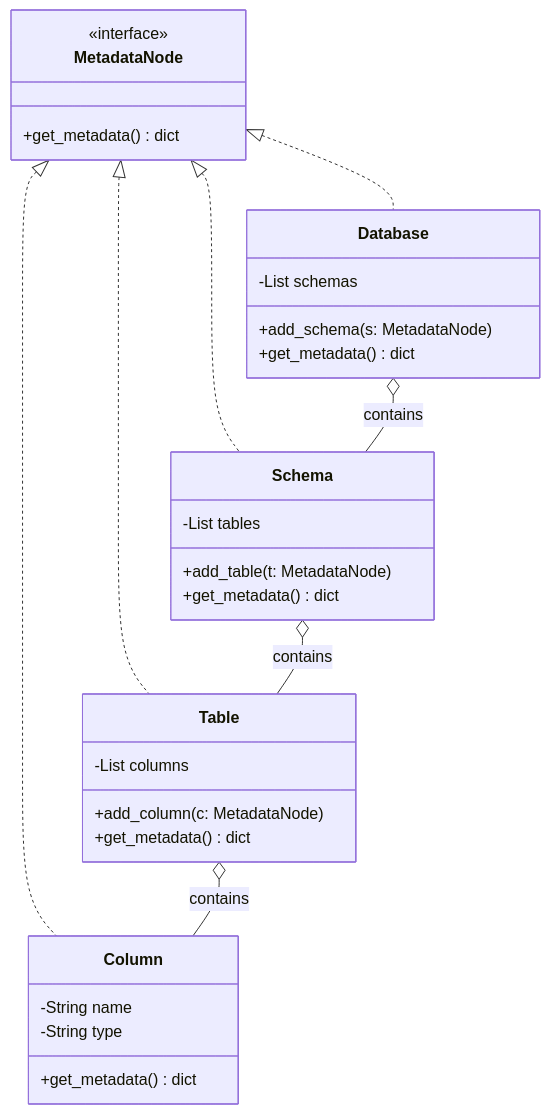
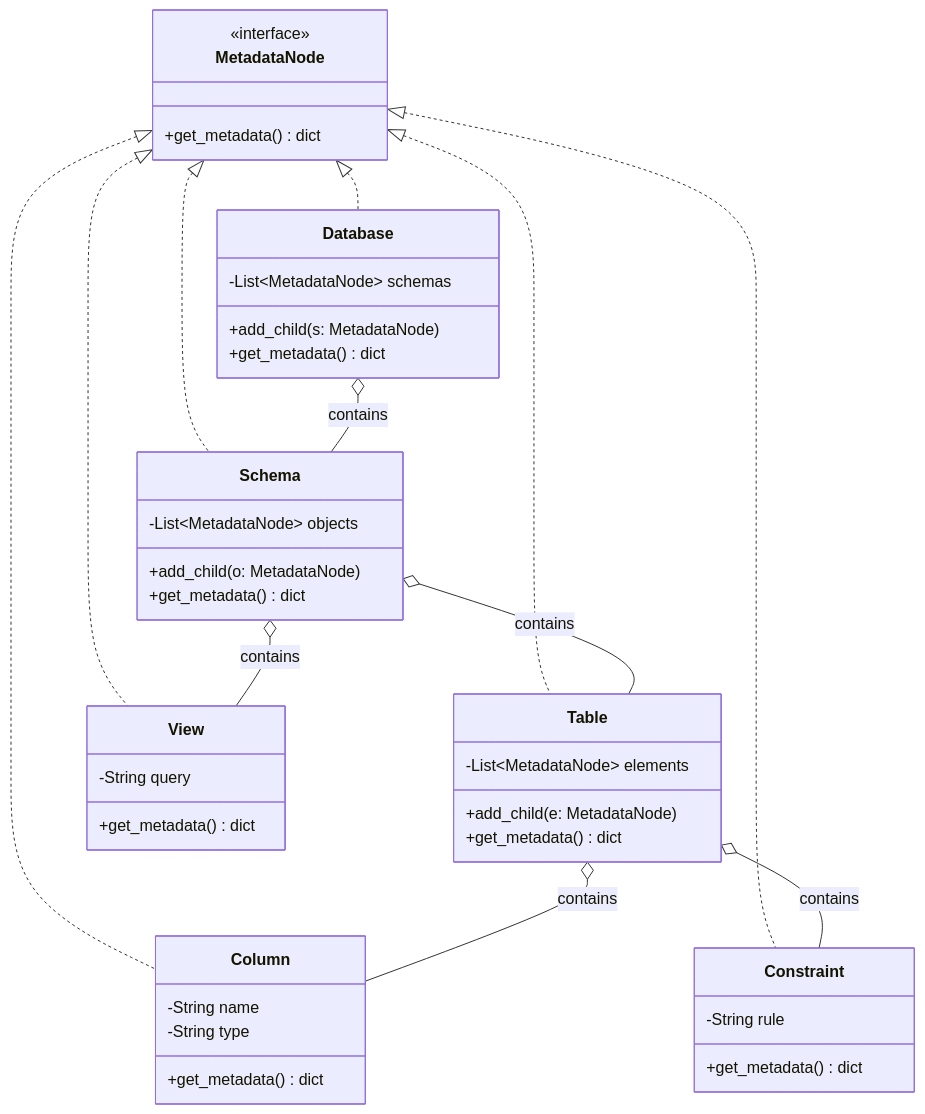
Before and after one commit to TamBui1706/DBMS: the second of 21 diagrams in README.md, drawn with Mermaid. The commit also changed other lines of this file, not shown here.

````diff
--- a/README.md
+++ b/README.md
@@ -182,40 +182,54 @@
 ```mermaid
 classDiagram
     class MetadataNode {
         <<interface>>
         +get_metadata() dict
     }
     
     class Database {
-        -List schemas
-        +add_schema(s: MetadataNode)
+        -List~MetadataNode~ schemas
+        +add_child(s: MetadataNode)
         +get_metadata() dict
     }
     
     class Schema {
-        -List tables
-        +add_table(t: MetadataNode)
+        -List~MetadataNode~ objects
+        +add_child(o: MetadataNode)
         +get_metadata() dict
     }
     
     class Table {
-        -List columns
-        +add_column(c: MetadataNode)
+        -List~MetadataNode~ elements
+        +add_child(e: MetadataNode)
+        +get_metadata() dict
+    }
+    
+    class View {
+        -String query
         +get_metadata() dict
     }
     
     class Column {
         -String name
         -String type
         +get_metadata() dict
     }
+    
+    class Constraint {
+        -String rule
+        +get_metadata() dict
+    }
 
     MetadataNode <|.. Database
     MetadataNode <|.. Schema
     MetadataNode <|.. Table
+    MetadataNode <|.. View
     MetadataNode <|.. Column
+    MetadataNode <|.. Constraint
     
     Database o-- Schema : contains
     Schema o-- Table : contains
+    Schema o-- View : contains
     Table o-- Column : contains
+    Table o-- Constraint : contains
 ```
````
